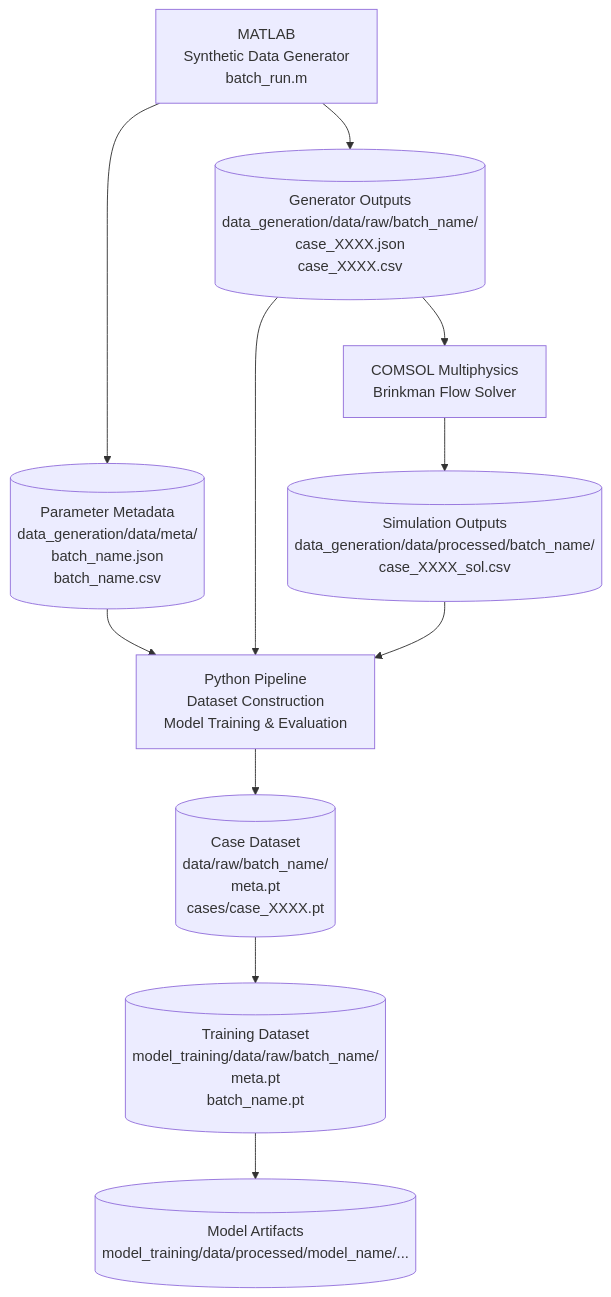
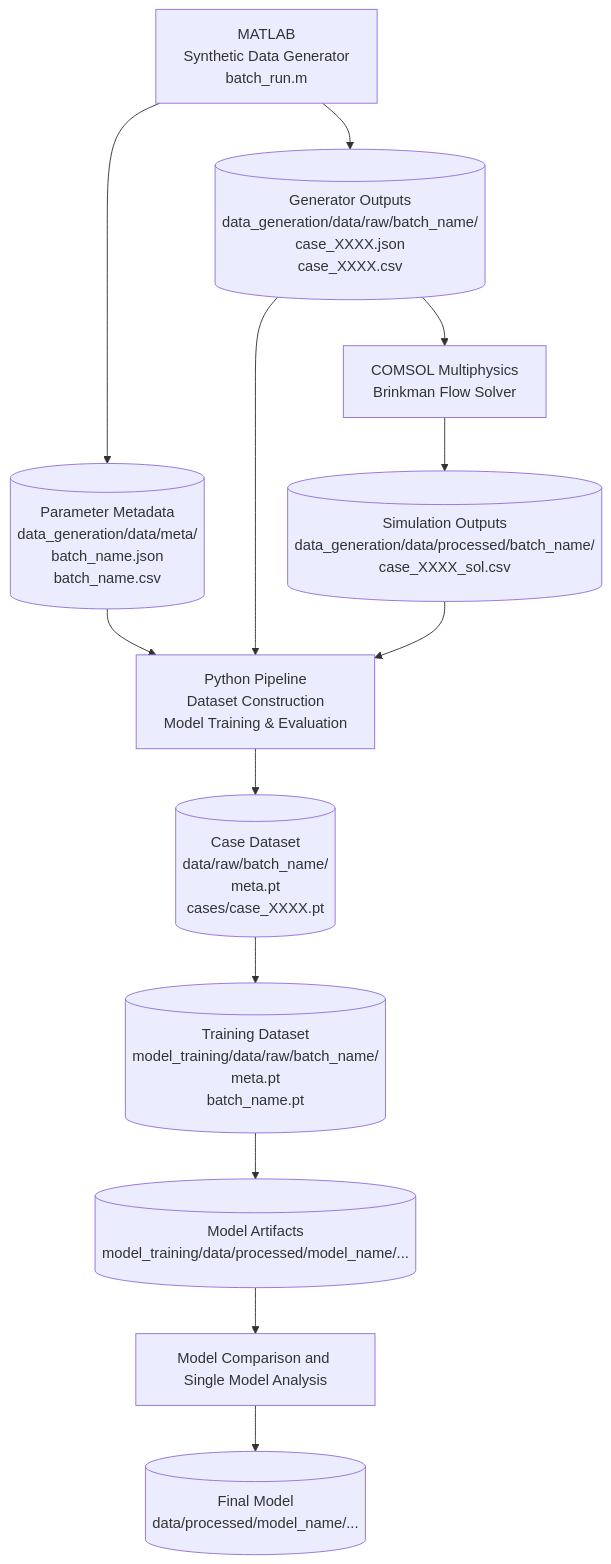
The first of 2 diagrams in README.md (Rinovative/grainlegumes-pino-airflow), drawn with Mermaid before and after one commit. The commit also changed other lines of this file and 7 other files, not shown here.

````diff
--- a/README.md
+++ b/README.md
@@ -87,27 +84,31 @@
 ```mermaid
 flowchart TD
 
 M[MATLAB<br/>Synthetic Data Generator<br/>batch_run.m]
 D1[(Parameter Metadata<br/>data_generation/data/meta/<br/>batch_name.json<br/>batch_name.csv)]
 D2[(Generator Outputs<br/>data_generation/data/raw/batch_name/<br/>case_XXXX.json<br/>case_XXXX.csv)]
 C[COMSOL Multiphysics<br/>Brinkman Flow Solver]
 D3[(Simulation Outputs<br/>data_generation/data/processed/batch_name/<br/>case_XXXX_sol.csv)]
 P[Python Pipeline<br/>Dataset Construction<br/>Model Training & Evaluation]
 D4[(Case Dataset<br/>data/raw/batch_name/<br/>meta.pt<br/>cases/case_XXXX.pt<br/>)]
 D5[(Training Dataset<br/>model_training/data/raw/batch_name/<br/>meta.pt<br/>batch_name.pt)]
 D6[(Model Artifacts<br/>model_training/data/processed/model_name/...)]
+E[Model Comparison and Single Model Analysis]
+D7[(Final Model<br/>data/processed/model_name/...)]
 
 M --> D1
 M --> D2
 D2 --> C
 C --> D3
 
 D1 --> P
 D2 --> P
 D3 --> P
 
 P --> D4
 D4 --> D5
 D5 --> D6
+D6 --> E
+E --> D7
 
 ```
````
